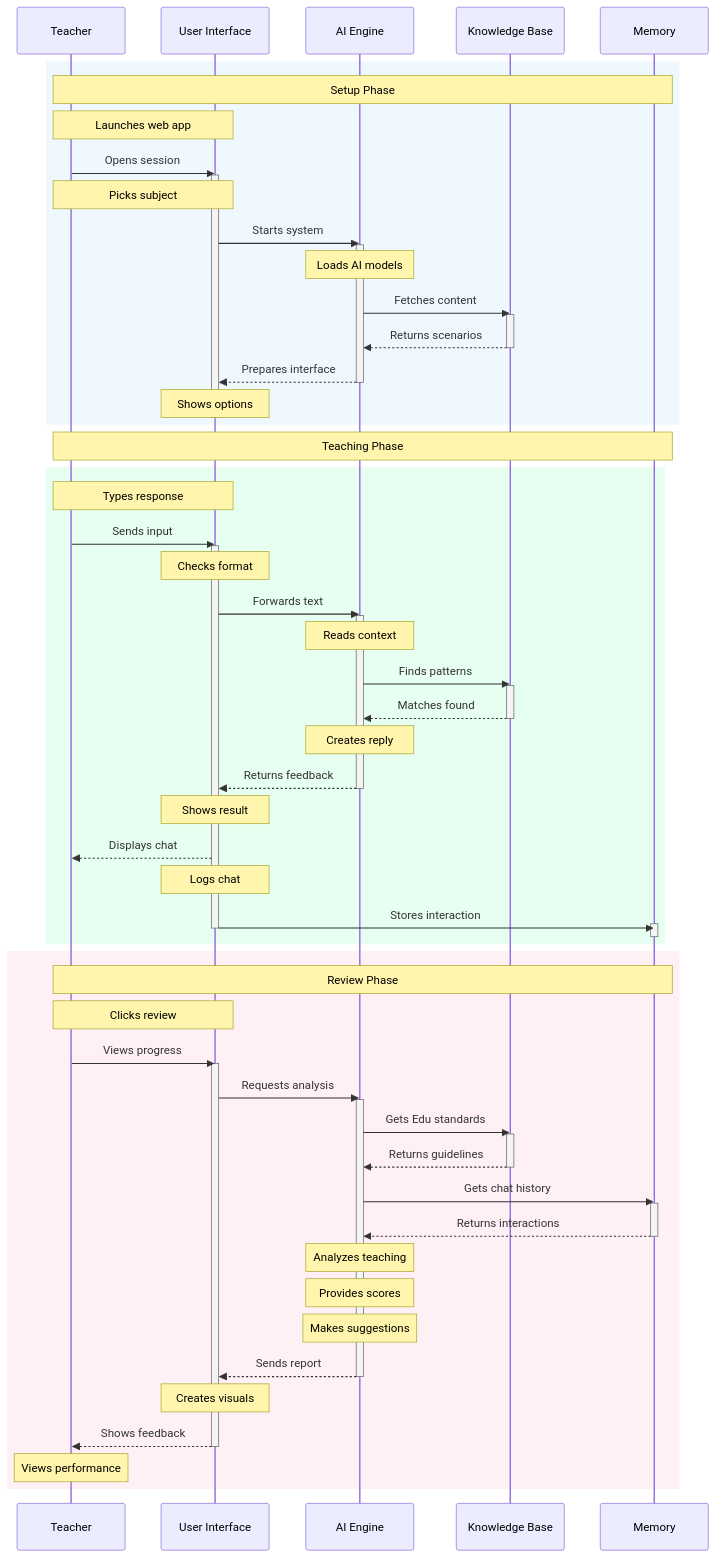
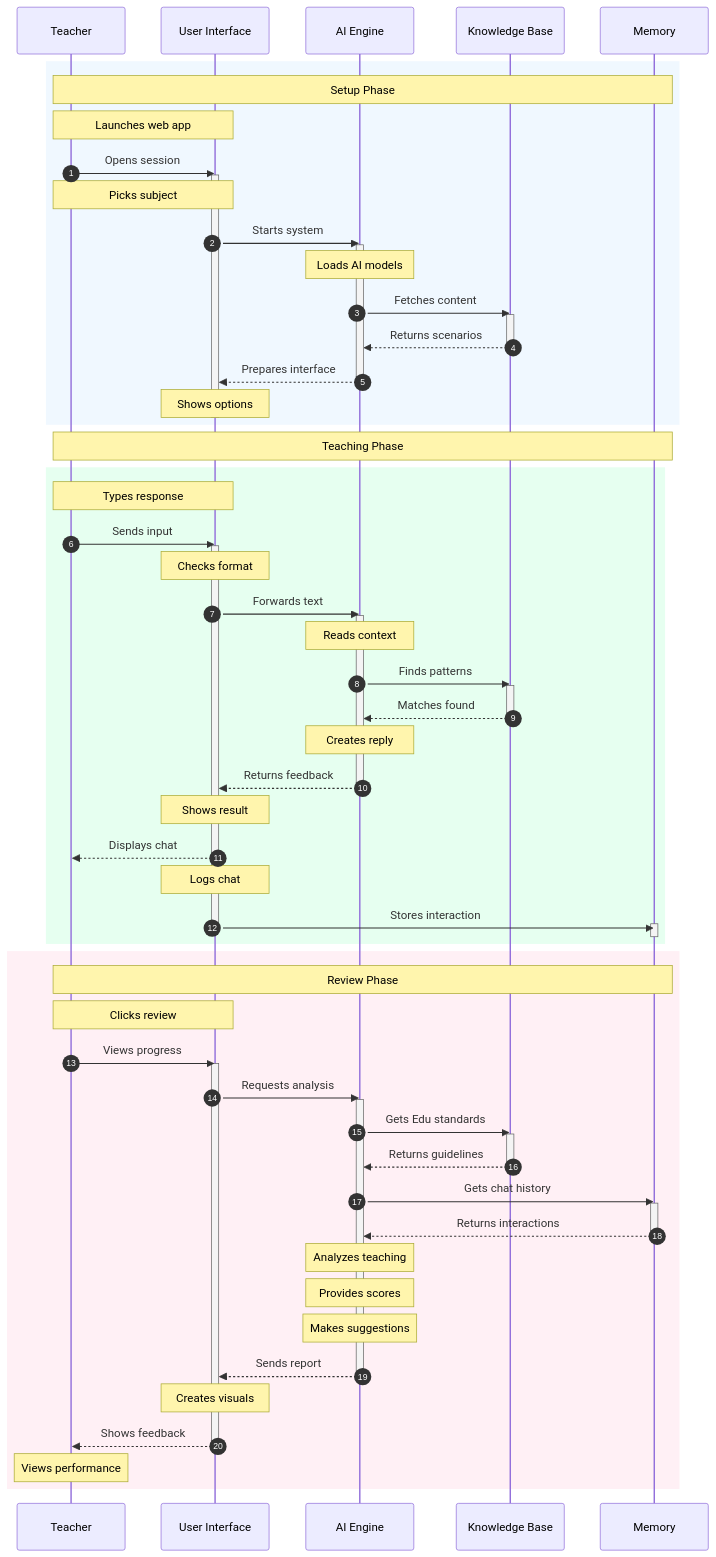
Before and after one commit to UVU-AI-Innovate/teacher-training-chatbot: the diagram in README.md, drawn with Mermaid.

Commit message:
Add autonumber to sequence diagram and refine visual annotations
- Add `autonumber` directive to Mermaid sequence diagram for clearer step tracking
- Improve whitespace and visual separation between diagram sections
- Maintain existing diagram structure and component interactions
- Enhance readability of system workflow visualization

````diff
--- a/README.md
+++ b/README.md
@@ -7,5 +7,6 @@
 ```mermaid
 sequenceDiagram
+    autonumber
     participant T as Teacher
     participant UI as User Interface
     participant Engine as AI Engine
@@ -16,18 +17,24 @@
     rect rgb(240, 248, 255)
         Note over T,M: Setup Phase
         Note over T,UI: Launches web app
+        
         T->>UI: Opens session
         activate UI
+        
         Note over T,UI: Picks subject
         UI->>Engine: Starts system
         activate Engine
+        
         Note over Engine: Loads AI models
         Engine->>KB: Fetches content
         activate KB
+        
         KB-->>Engine: Returns scenarios
         deactivate KB
+        
         Engine-->>UI: Prepares interface
         deactivate Engine
+        
         Note over UI: Shows options
         deactivate UI
     end
@@ -35,24 +42,32 @@
     Note over T,M: Teaching Phase
     rect rgb(230, 255, 240)
         Note over T,UI: Types response
+        
         T->>UI: Sends input
         activate UI
+        
         Note over UI: Checks format
         UI->>Engine: Forwards text
         activate Engine
+        
         Note over Engine: Reads context
         Engine->>KB: Finds patterns
         activate KB
+        
         KB-->>Engine: Matches found
         deactivate KB
+        
         Note over Engine: Creates reply
         Engine-->>UI: Returns feedback
         deactivate Engine
+        
         Note over UI: Shows result
         UI-->>T: Displays chat
+        
         Note over UI: Logs chat
         UI->>M: Stores interaction
         activate M
+        
         deactivate M
         deactivate UI
     end
@@ -60,26 +75,36 @@
     rect rgb(255, 240, 245)
         Note over T,M: Review Phase
         Note over T,UI: Clicks review
+        
         T->>UI: Views progress
         activate UI
+        
         UI->>Engine: Requests analysis
         activate Engine
+        
         Engine->>KB: Gets Edu standards
         activate KB
+        
         KB-->>Engine: Returns guidelines
         deactivate KB
+        
         Engine->>M: Gets chat history
         activate M
+        
         M-->>Engine: Returns interactions
         deactivate M
+        
         Note over Engine: Analyzes teaching
         Note over Engine: Provides scores
         Note over Engine: Makes suggestions
+        
         Engine-->>UI: Sends report
         deactivate Engine
+        
         Note over UI: Creates visuals
         UI-->>T: Shows feedback
         deactivate UI
+        
         Note over T: Views performance
     end
 ```
````
